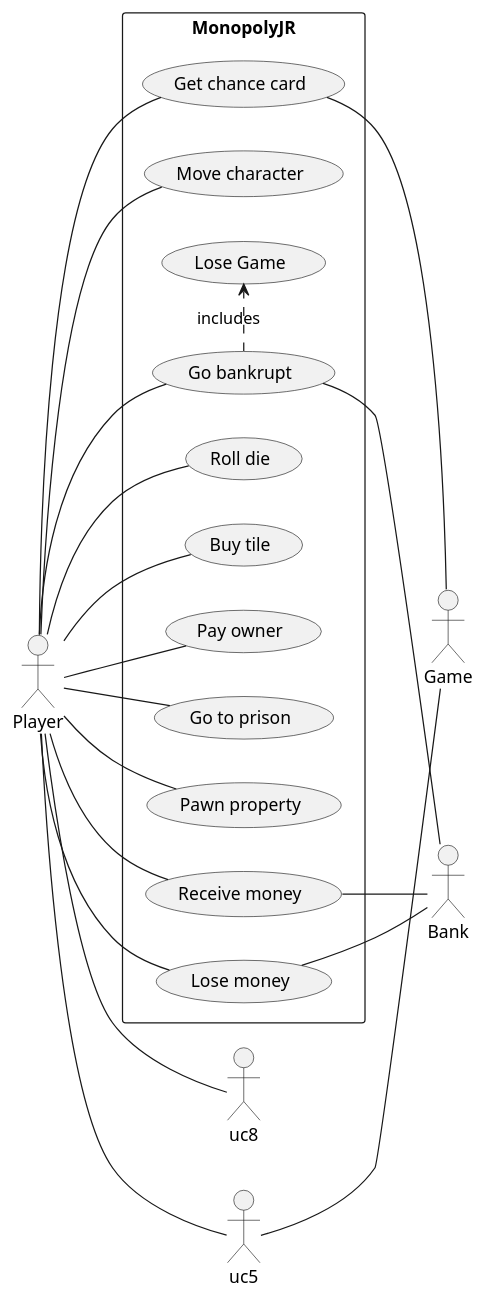
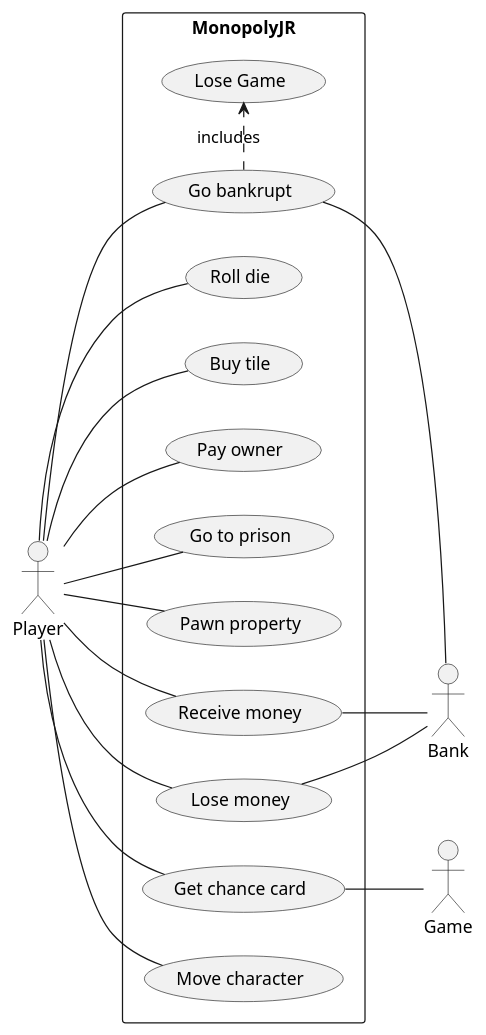
Before and after one commit to adel051700/G07_CDIO3: the diagram in UML/usecasediag.plantuml, drawn with PlantUML.

Commit message:
corrected changes in usecasediag

```diff
--- a/UML/usecasediag.plantuml
+++ b/UML/usecasediag.plantuml
@@ -1,45 +1,42 @@
 @startuml
 left to right direction
 
 rectangle MonopolyJR {
 usecase "Roll die" as uc1
 usecase "Buy tile" as uc2
 usecase "Pay owner" as uc3
 usecase "Go to prison" as uc4
 usecase "Go bankrupt" as uc6
 usecase "Pawn property" as uc7
 usecase "Receive money" as uc9
 usecase "Lose money" as uc10
 usecase "Get chance card" as uc11
 usecase "Move character" as uc12
 usecase "Lose Game" as uc13
 
 
 }
 
 actor Player as pl
 actor Bank as bk
 actor Game as gm
 
 pl -- uc1
 pl -- uc2
 pl -- uc3
 pl -- uc4
-pl -- uc5
 pl -- uc6
 pl -- uc7
-pl -- uc8
 pl -- uc9
 pl -- uc10
 pl -- uc11
 pl -- uc12
-uc5 -- gm
 uc9 -- bk
 uc10 -- bk
 uc11 -- gm
 uc6 -- bk
 uc6 .> uc13 : includes
 
 
 
 @enduml
```
